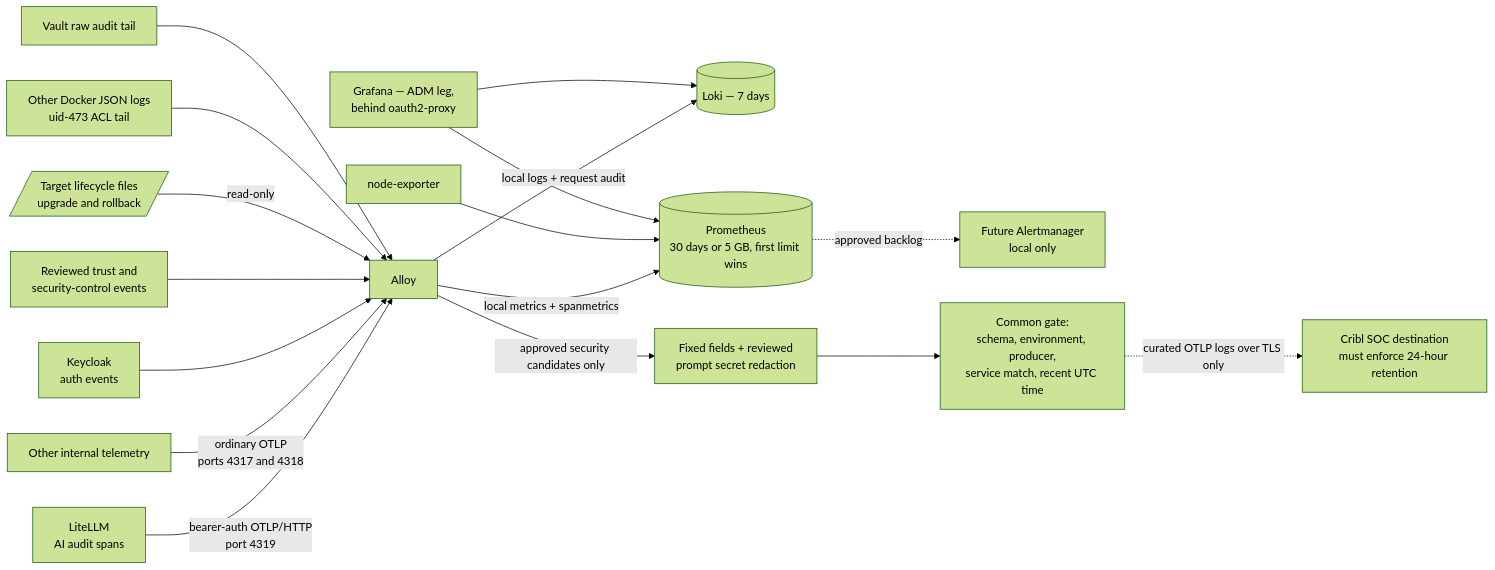
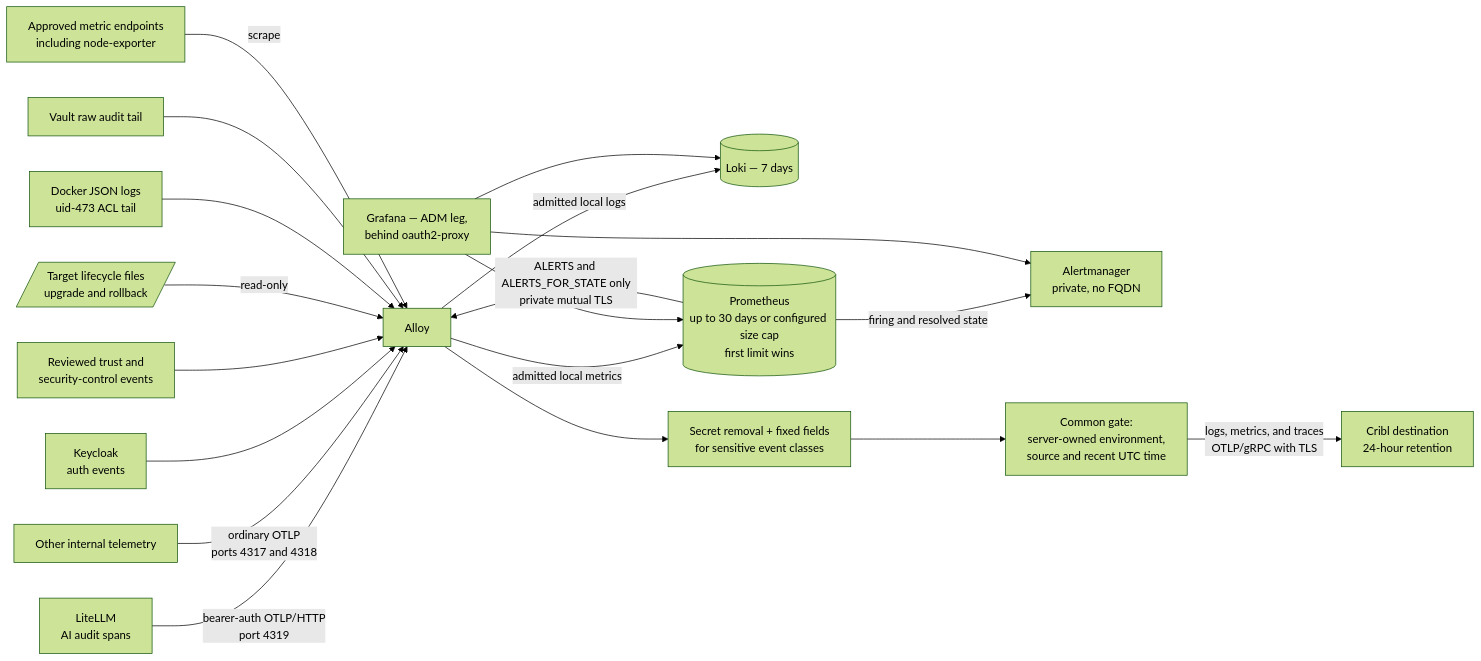
One commit to derhornspieler/ai-gateway changed the ninth of 17 diagrams in docs/architecture-diagrams.md. Above: the diagram before and after it, drawn with Mermaid (forest theme). The commit also changed other lines of this file and 169 other files, not shown here.

````diff
--- a/docs/architecture-diagrams.md
+++ b/docs/architecture-diagrams.md
@@ -301,19 +315,20 @@
 ```mermaid
 flowchart LR
   LL[LiteLLM<br/>AI audit spans] -->|bearer-auth OTLP/HTTP<br/>port 4319| AL[Alloy]
   OT[Other internal telemetry] -->|ordinary OTLP<br/>ports 4317 and 4318| AL
   KC[Keycloak<br/>auth events] --> AL
   SE[Reviewed trust and<br/>security-control events] --> AL
   CT[/Target lifecycle files<br/>upgrade and rollback/] -->|read-only| AL
-  DL[Other Docker JSON logs<br/>uid-473 ACL tail] --> AL
+  DL[Docker JSON logs<br/>uid-473 ACL tail] --> AL
   VA[Vault raw audit tail] --> AL
+  MS[Approved metric endpoints<br/>including node-exporter] -->|scrape| AL
 
-  AL -->|local logs + request audit| LK[(Loki — 7 days)]
-  AL -->|local metrics + spanmetrics| PR[(Prometheus<br/>30 days or 5 GB, first limit wins)]
-  NE[node-exporter] --> PR
-  PR -.approved backlog.-> AM[Future Alertmanager<br/>local only]
-  AL -->|approved security candidates only| RED[Fixed fields + reviewed<br/>prompt secret redaction]
-  RED --> COMMON[Common gate:<br/>schema, environment, producer,<br/>service match, recent UTC time]
-  COMMON -.curated OTLP logs over TLS only.-> CR[Cribl SOC destination<br/>must enforce 24-hour retention]
-  GF[Grafana — ADM leg,<br/>behind oauth2-proxy] --> LK & PR
+  AL -->|admitted local logs| LK[(Loki — 7 days)]
+  AL -->|admitted local metrics| PR[(Prometheus<br/>up to 30 days or configured size cap<br/>first limit wins)]
+  PR -->|firing and resolved state| AM[Alertmanager<br/>private, no FQDN]
+  PR -->|ALERTS and ALERTS_FOR_STATE only<br/>private mutual TLS| AL
+  AL --> RED[Secret removal + fixed fields<br/>for sensitive event classes]
+  RED --> COMMON[Common gate:<br/>server-owned environment,<br/>source and recent UTC time]
+  COMMON -->|logs, metrics, and traces<br/>OTLP/gRPC with TLS| CR[Cribl destination<br/>24-hour retention]
+  GF[Grafana — ADM leg,<br/>behind oauth2-proxy] --> LK & PR & AM
 ```
````
